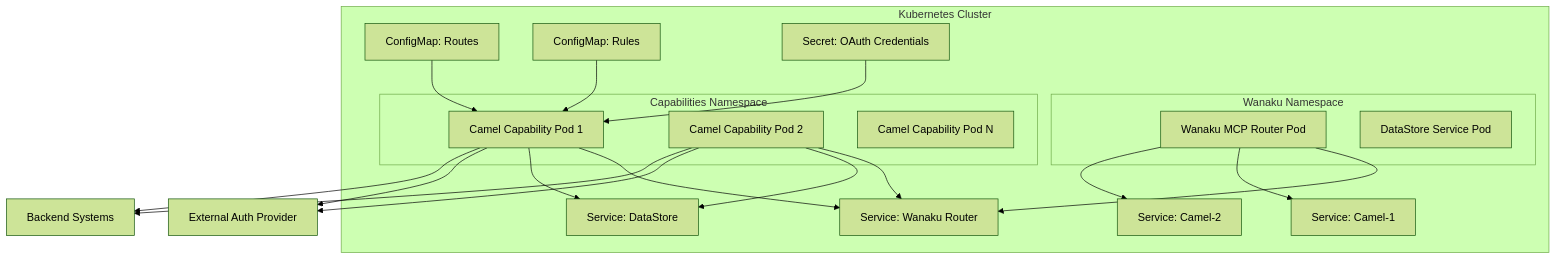
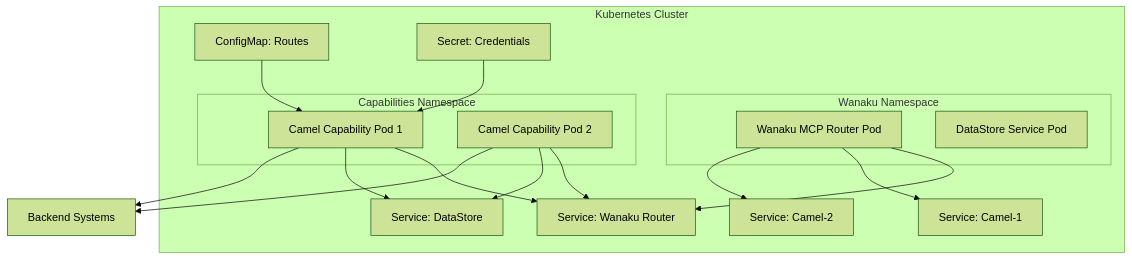
The fifth of 5 diagrams in docs/architecture.md (wanaku-ai/camel-integration-capability), drawn with Mermaid (forest theme) before and after one commit. The commit also changed other lines of this file and 35 other files, not shown here.

````diff
--- a/docs/architecture.md
+++ b/docs/architecture.md
@@ -354,46 +188,39 @@
 ```mermaid
 graph TB
     subgraph "Kubernetes Cluster"
         subgraph "Wanaku Namespace"
             A[Wanaku MCP Router Pod]
             C[DataStore Service Pod]
         end
 
         subgraph "Capabilities Namespace"
             D[Camel Capability Pod 1]
             E[Camel Capability Pod 2]
-            F[Camel Capability Pod N]
         end
 
         G[Service: Wanaku Router]
         H[Service: DataStore]
         I[Service: Camel-1]
         J[Service: Camel-2]
 
         K[ConfigMap: Routes]
-        L[ConfigMap: Rules]
-        M[Secret: OAuth Credentials]
+        M[Secret: Credentials]
     end
 
-    N[External Auth Provider]
     O[Backend Systems]
 
     A --> G
     A --> I
     A --> J
 
     D --> G
     D --> H
     E --> G
     E --> H
 
-    D --> N
-    E --> N
-
     K --> D
-    L --> D
     M --> D
 
     D --> O
     E --> O
 ```
````
